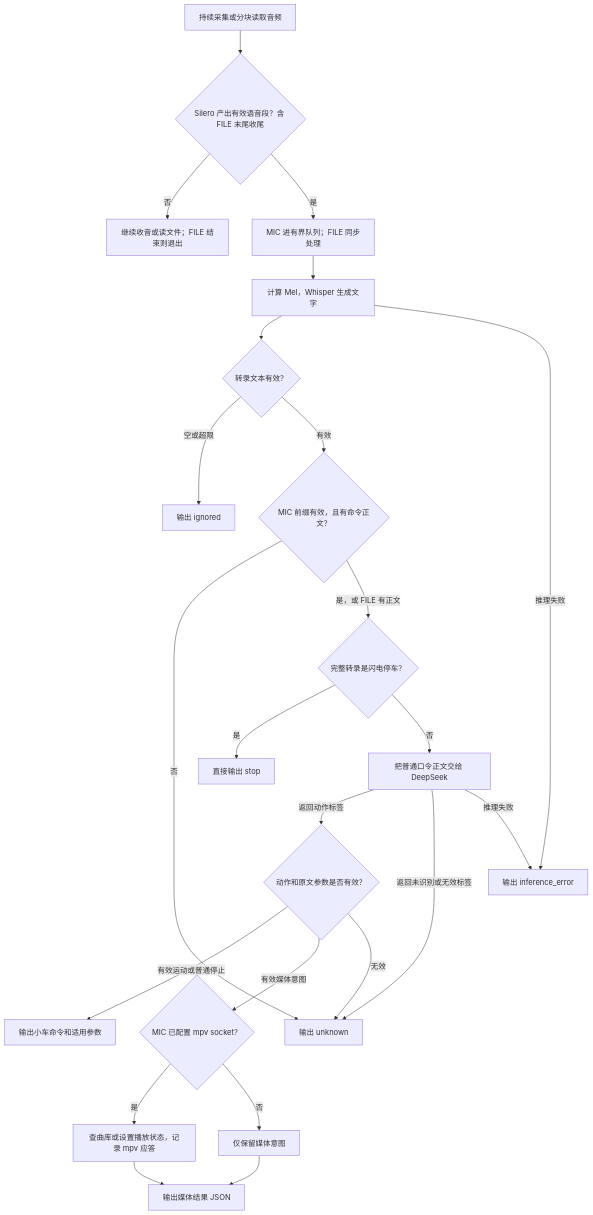
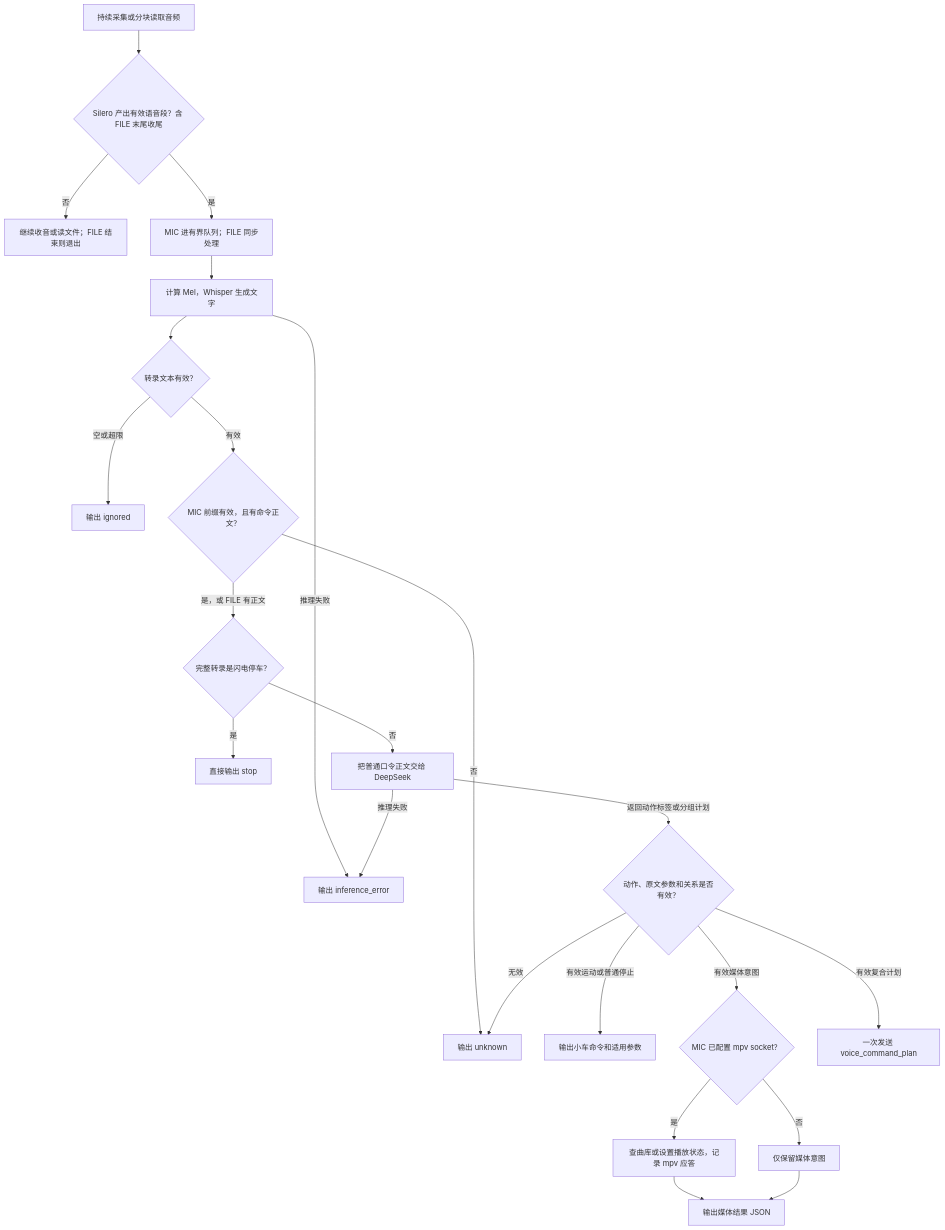
One commit to hhlqwq/models_deploy changed the second of 3 diagrams in demo/smart_car/voice_control/docs/flow.md. Above: the diagram before and after it, drawn with Mermaid. The commit also changed other lines of this file and 5 other files, not shown here.

````diff
--- a/demo/smart_car/voice_control/docs/flow.md
+++ b/demo/smart_car/voice_control/docs/flow.md
@@ -51,25 +51,25 @@
 ```mermaid
 flowchart TD
     Audio["持续采集或分块读取音频"] --> Segment{"Silero 产出有效语音段？含 FILE 末尾收尾"}
     Segment -->|"否"| More["继续收音或读文件；FILE 结束则退出"]
     Segment -->|"是"| Queue["MIC 进有界队列；FILE 同步处理"]
     Queue --> Whisper["计算 Mel，Whisper 生成文字"]
     Whisper --> Valid{"转录文本有效？"}
     Whisper -->|"推理失败"| Error["输出 inference_error"]
     Valid -->|"空或超限"| Ignored["输出 ignored"]
     Valid -->|"有效"| Wake{"MIC 前缀有效，且有命令正文？"}
     Wake -->|"否"| Unknown["输出 unknown"]
     Wake -->|"是，或 FILE 有正文"| Emergency{"完整转录是闪电停车？"}
     Emergency -->|"是"| Stop["直接输出 stop"]
     Emergency -->|"否"| DeepSeek["把普通口令正文交给 DeepSeek"]
-    DeepSeek -->|"返回动作标签"| Verify{"动作和原文参数是否有效？"}
+    DeepSeek -->|"返回动作标签或分组计划"| Verify{"动作、原文参数和关系是否有效？"}
     Verify -->|"有效运动或普通停止"| Motion["输出小车命令和适用参数"]
     Verify -->|"有效媒体意图"| Playback{"MIC 已配置 mpv socket？"}
+    Verify -->|"有效复合计划"| Plan["一次发送 voice_command_plan"]
     Verify -->|"无效"| Unknown
     Playback -->|"是"| IPC["查曲库或设置播放状态，记录 mpv 应答"]
     Playback -->|"否"| Intent["仅保留媒体意图"]
     IPC --> Media["输出媒体结果 JSON"]
     Intent --> Media
-    DeepSeek -->|"返回未识别或无效标签"| Unknown
     DeepSeek -->|"推理失败"| Error
 ```
````
